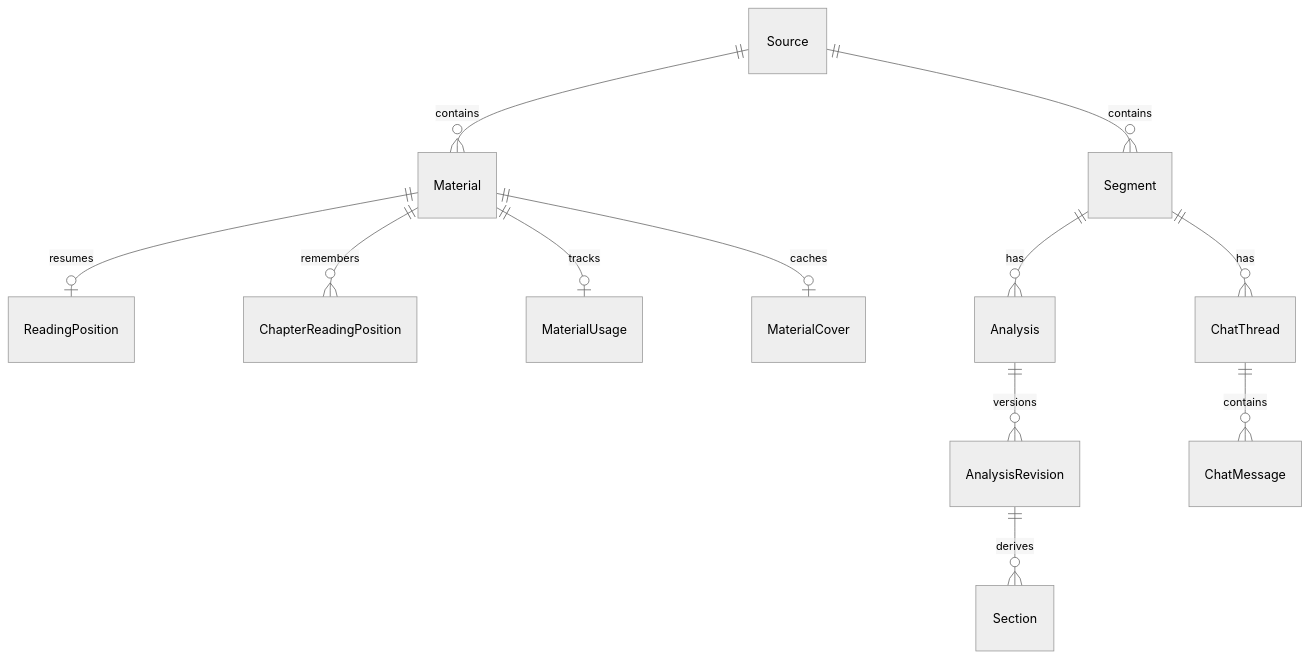
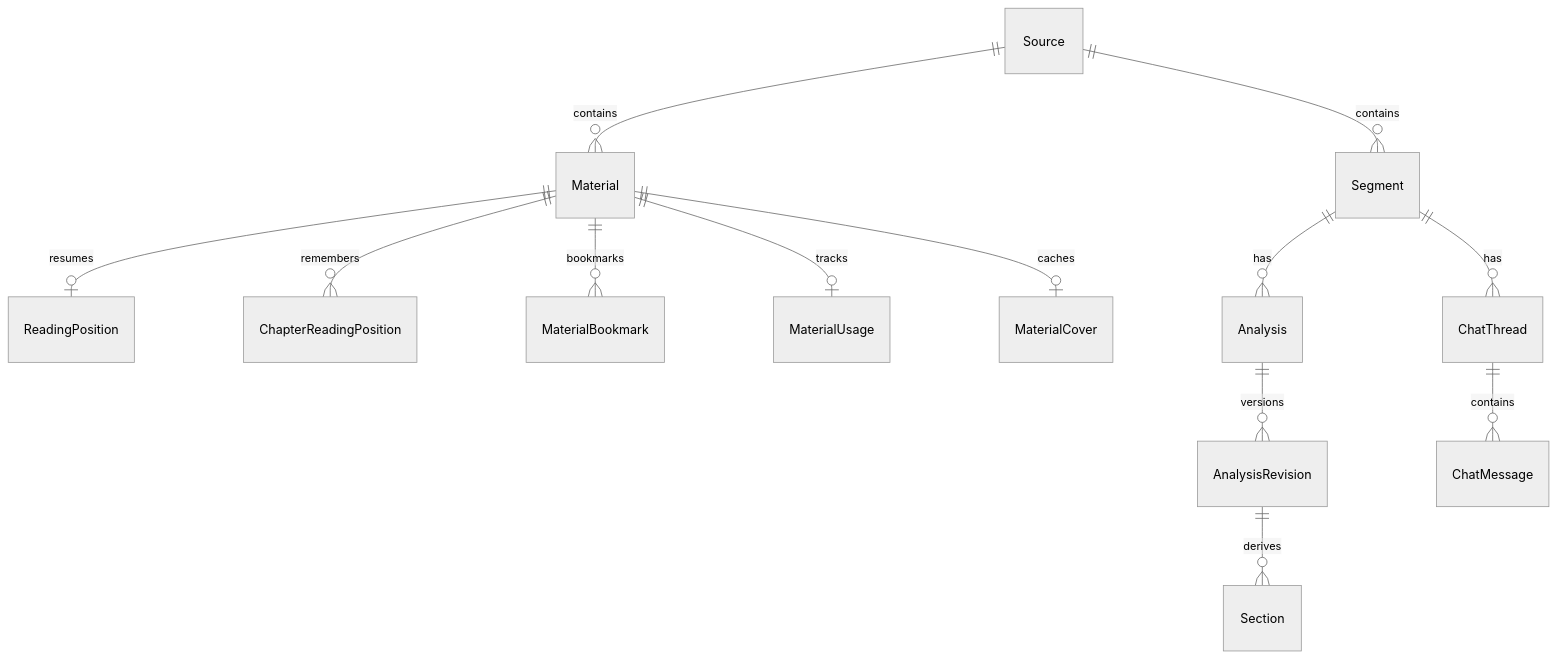
Before and after one commit to 5945ggh/folio-j: the third of 3 diagrams in docs/ARCHITECTURE.md, drawn with Mermaid (neutral theme). The commit also changed other lines of this file and 37 other files, not shown here.

````diff
--- a/docs/ARCHITECTURE.md
+++ b/docs/ARCHITECTURE.md
@@ -266,14 +277,15 @@
 ```mermaid
 erDiagram
   Source ||--o{ Segment : contains
   Source ||--o{ Material : contains
   Material ||--o| ReadingPosition : resumes
   Material ||--o{ ChapterReadingPosition : remembers
+  Material ||--o{ MaterialBookmark : bookmarks
   Material ||--o| MaterialUsage : tracks
   Material ||--o| MaterialCover : caches
   Segment ||--o{ Analysis : has
   Analysis ||--o{ AnalysisRevision : versions
   AnalysisRevision ||--o{ Section : derives
   Segment ||--o{ ChatThread : has
   ChatThread ||--o{ ChatMessage : contains
 ```
````
